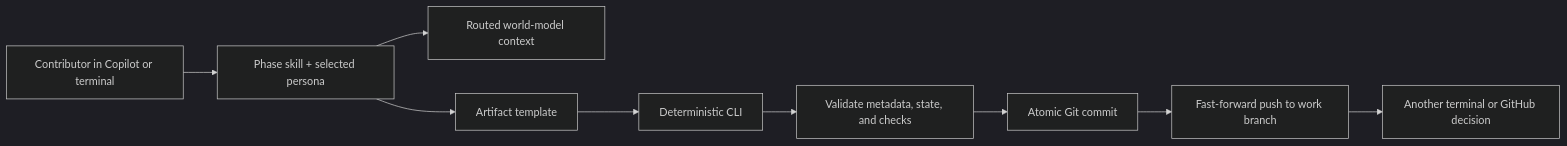
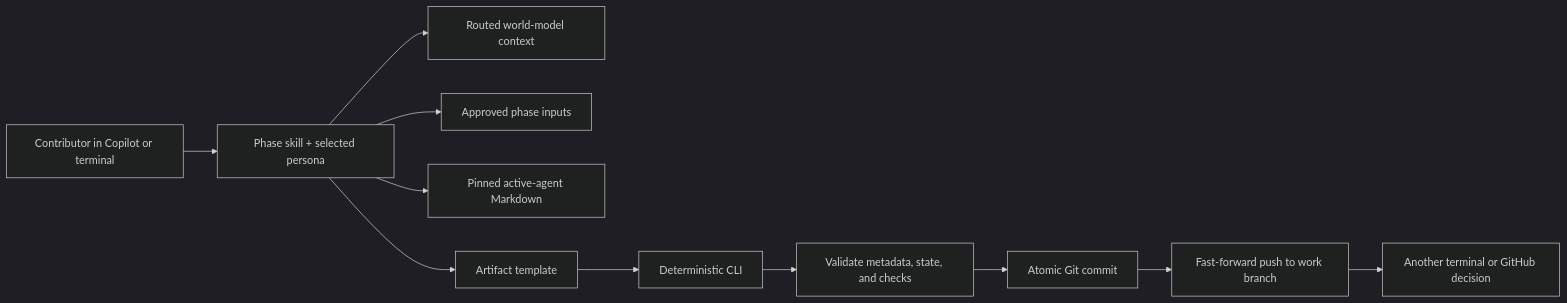
The diagram in ARCHITECTURE.md (ashokraj2011/singularityflow), drawn with Mermaid (dark theme) before and after one commit. The commit also changed other lines of this file and 6 other files, not shown here.

Commit message:
Document phase inputs and remote agent delivery

````diff
--- a/ARCHITECTURE.md
+++ b/ARCHITECTURE.md
@@ -7,11 +7,13 @@
 ```mermaid
 flowchart LR
   U["Contributor in Copilot or terminal"] --> S["Phase skill + selected persona"]
   S --> W["Routed world-model context"]
+  S --> I["Approved phase inputs"]
+  S --> D["Pinned active-agent Markdown"]
   S --> A["Artifact template"]
   A --> C["Deterministic CLI"]
   C --> V["Validate metadata, state, and checks"]
   V --> G["Atomic Git commit"]
   G --> R["Fast-forward push to work branch"]
   R --> O["Another terminal or GitHub decision"]
 ```
````
